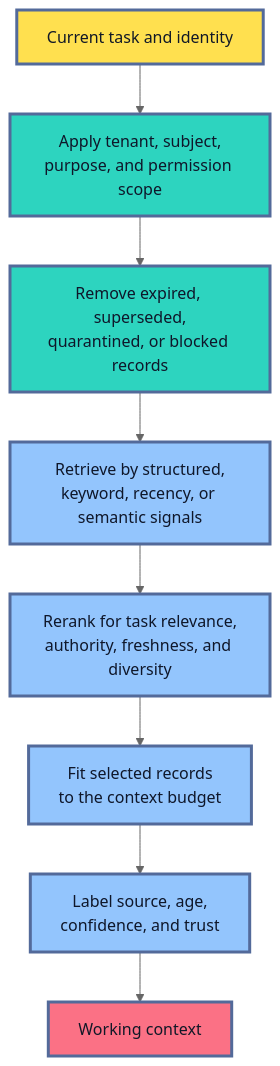
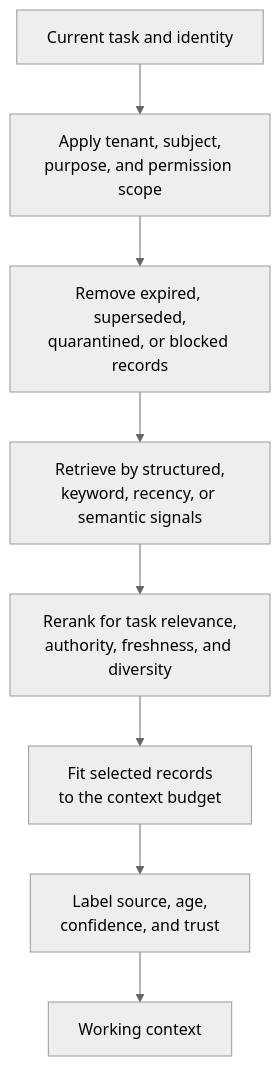
The fourth of 14 diagrams in roadmaps/mlops/modules/llmops/context-engineering/03-memory-and-state.md (senlinyy/dev-roadmaps), drawn with Mermaid (neutral theme) before and after one commit. The commit also changed other lines of this file and 152 other files, not shown here.

Commit message:
feat: mlops and diagrams updated

````diff
--- a/roadmaps/mlops/modules/llmops/context-engineering/03-memory-and-state.md
+++ b/roadmaps/mlops/modules/llmops/context-engineering/03-memory-and-state.md
@@ -297,19 +287,15 @@
 ```mermaid
 flowchart TD
     A["Current task and identity"] --> B["Apply tenant, subject,<br/>purpose, and permission scope"]
     B --> C["Remove expired, superseded,<br/>quarantined, or blocked records"]
     C --> D["Retrieve by structured,<br/>keyword, recency, or semantic signals"]
     D --> E["Rerank for task relevance,<br/>authority, freshness, and diversity"]
     E --> F["Fit selected records<br/>to the context budget"]
     F --> G["Label source, age,<br/>confidence, and trust"]
     G --> H["Working context"]
 
-    classDef request fill:#FFE04F,stroke:#536A9A,stroke-width:3px,color:#111827
-    classDef filter fill:#2DD4BF,stroke:#536A9A,stroke-width:3px,color:#0F172A
-    classDef select fill:#93C5FD,stroke:#536A9A,stroke-width:3px,color:#0F172A
-    classDef context fill:#FB7185,stroke:#536A9A,stroke-width:3px,color:#111827
     class A request
     class B,C filter
     class D,E,F,G select
     class H context
 ```
````
